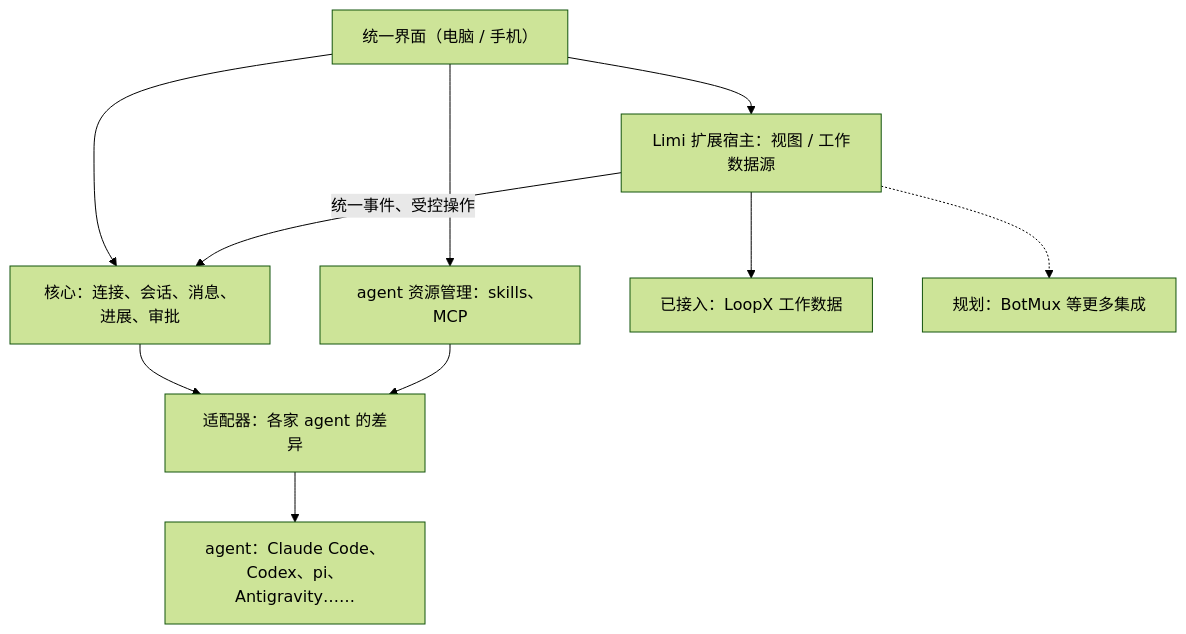
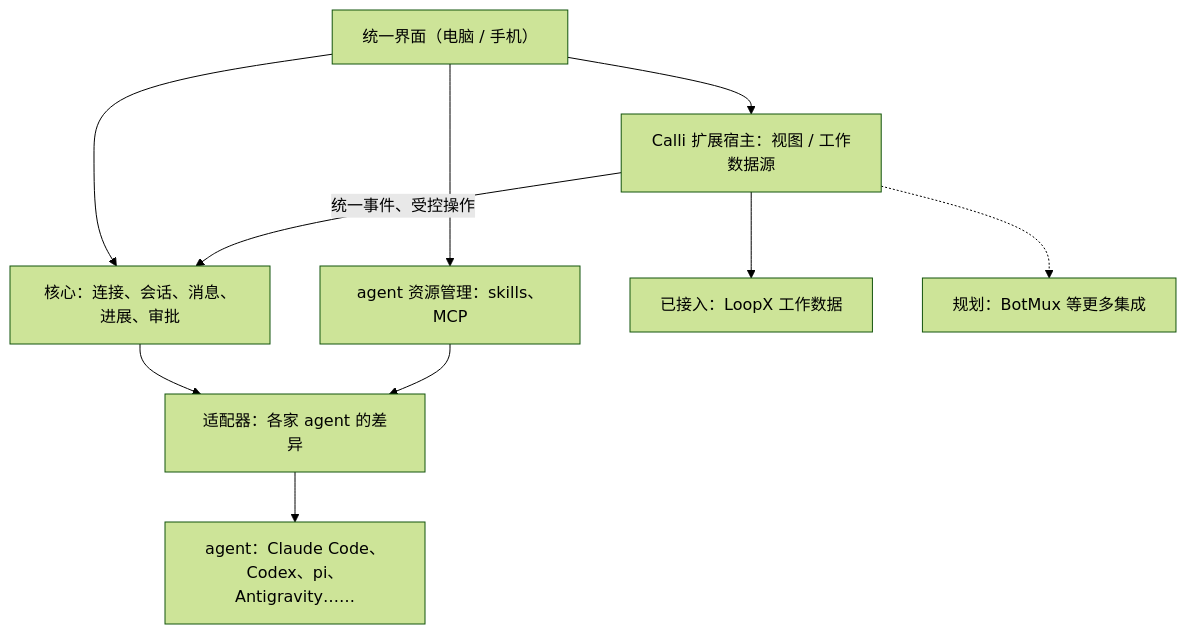
One commit to Littlezjh/calli changed the diagram in docs/VISION.md. Above: the diagram before and after it, drawn with Mermaid (forest theme). The commit also changed other lines of this file and 330 other files, not shown here.

````diff
--- a/docs/VISION.md
+++ b/docs/VISION.md
@@ -34,12 +34,12 @@
 ```mermaid
 flowchart TB
   UI["统一界面（电脑 / 手机）"] --> Core["核心：连接、会话、消息、进展、审批"]
   UI --> Res["agent 资源管理：skills、MCP"]
-  UI --> Host["Limi 扩展宿主：视图 / 工作数据源"]
+  UI --> Host["Calli 扩展宿主：视图 / 工作数据源"]
   Core --> Adapters["适配器：各家 agent 的差异"]
   Res --> Adapters
   Adapters --> Agents["agent：Claude Code、Codex、pi、Antigravity……"]
   Host -->|统一事件、受控操作| Core
   Host --> Tools["已接入：LoopX 工作数据"]
   Host -.-> Future["规划：BotMux 等更多集成"]
 ```
````
